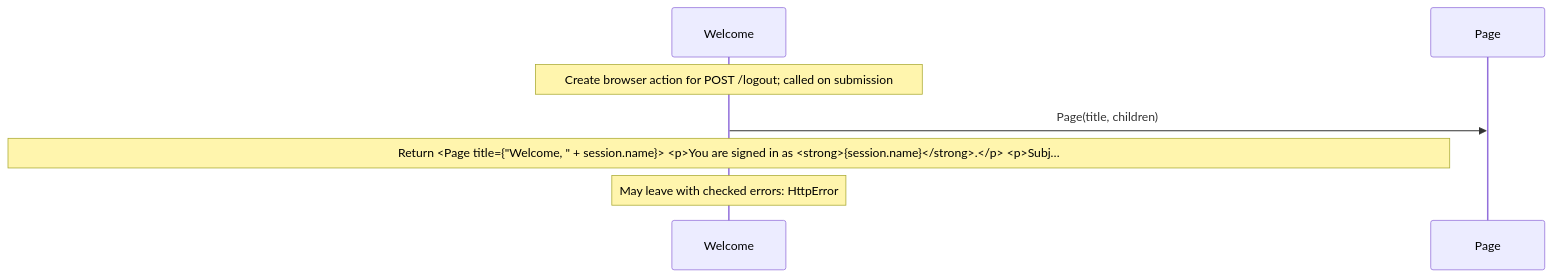
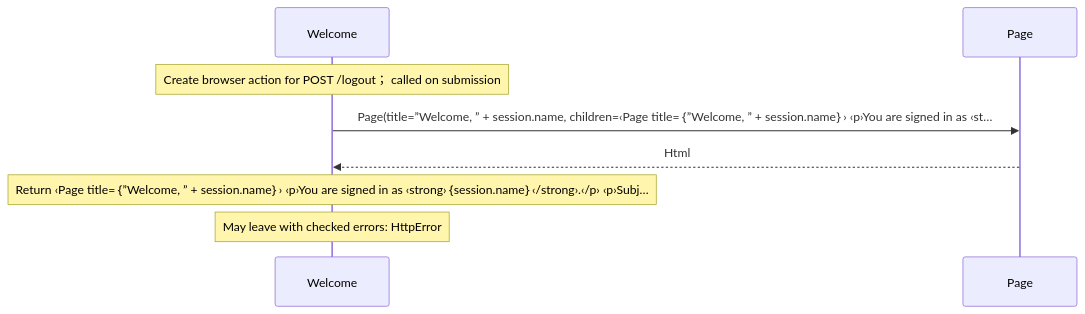
The third of 3 diagrams in docs/examples/oidc-login/client/views-diagrams.md (GreenPandaStudios/augscript), drawn with Mermaid before and after one commit. The commit also changed other lines of this file and 524 other files, not shown here.

Commit message:
Explain checked data flow at folder and service levels

````diff
--- a/docs/examples/oidc-login/client/views-diagrams.md
+++ b/docs/examples/oidc-login/client/views-diagrams.md
@@ -58,9 +58,10 @@
 ```mermaid
 sequenceDiagram
     participant p0 as Welcome
     participant p1 as Page
-    Note over p0: Create browser action for POST /logout#59; called on submission
-    p0->>p1: Page(title, children)
-    Note over p0: Return #60;Page title=#123;#34;Welcome, #34; + session.name#125;#62; #60;p#62;You are signed in as #60;strong#62;#123;session.name#125;#60;/strong#62;.#60;/p#62; #60;p#62;Subj…
+    Note over p0: Create browser action for POST /logout； called on submission
+    p0->>p1: Page(title=”Welcome, ” + session.name, children=‹Page title=｛”Welcome, ” + session.name｝› ‹p›You are signed in as ‹st…
+    p1-->>p0: Html
+    Note over p0: Return ‹Page title=｛”Welcome, ” + session.name｝› ‹p›You are signed in as ‹strong›｛session.name｝‹/strong›.‹/p› ‹p›Subj…
     Note over p0: May leave with checked errors: HttpError
 ```
````
